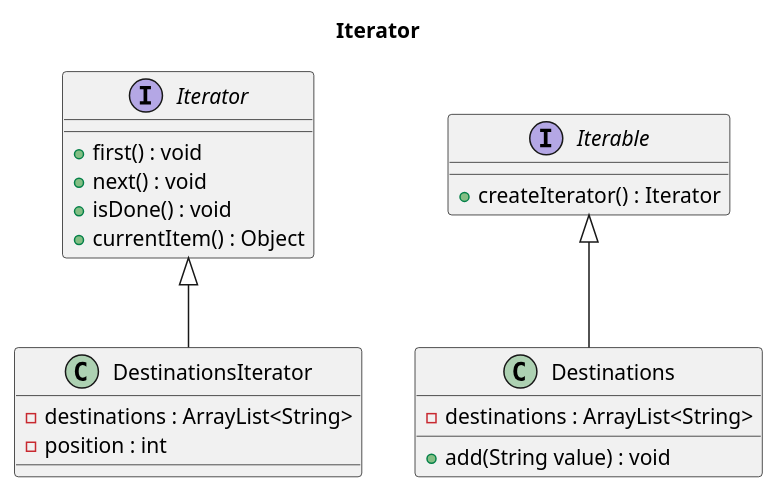
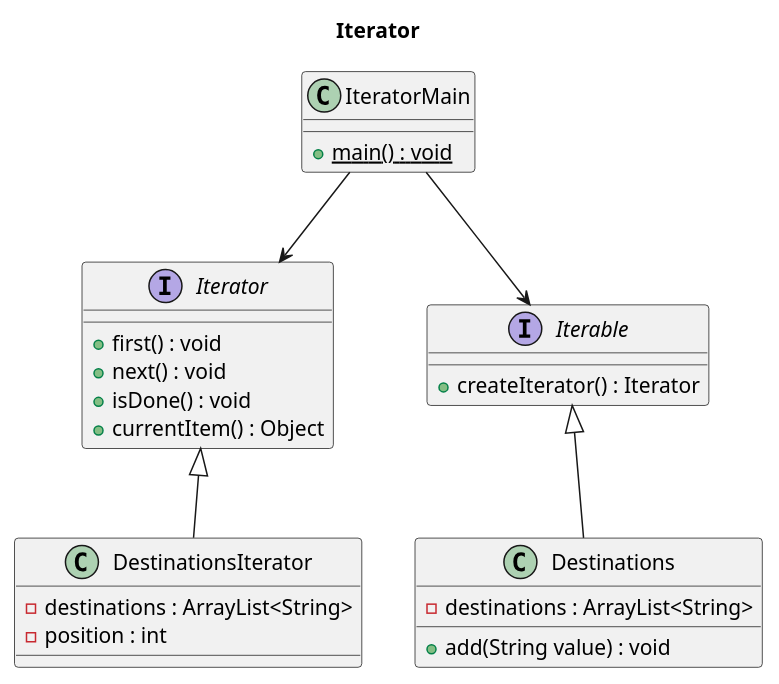
One commit to freeuni-sdp/lab-uml-2016 changed the diagram in Iterator/uml/ClassDiagram.puml. Above: the diagram before and after it, drawn with PlantUML.

Commit message:
Add IteratorMain to UML diagram

```diff
--- a/Iterator/uml/ClassDiagram.puml
+++ b/Iterator/uml/ClassDiagram.puml
@@ -1,32 +1,38 @@
 @startuml
 
 /' Iterator UML class diagram '/
 /' By Nika Chkhartishvili '/
 
 title Iterator
 
 interface Iterator {
     +first() : void
     +next() : void
     +isDone() : void
     +currentItem() : Object
 }
 
 interface Iterable {
     +createIterator() : Iterator
 }
 
 class Destinations {
     +add(String value) : void
     -destinations : ArrayList<String>
 }
 
 class DestinationsIterator {
     -destinations : ArrayList<String>
     -position : int
 }
 
+class IteratorMain {
+    +{static}main() : void
+}
+
 Iterable <|-- Destinations
 Iterator <|-- DestinationsIterator
+IteratorMain --> Iterable
+IteratorMain --> Iterator
 
 @enduml
```
